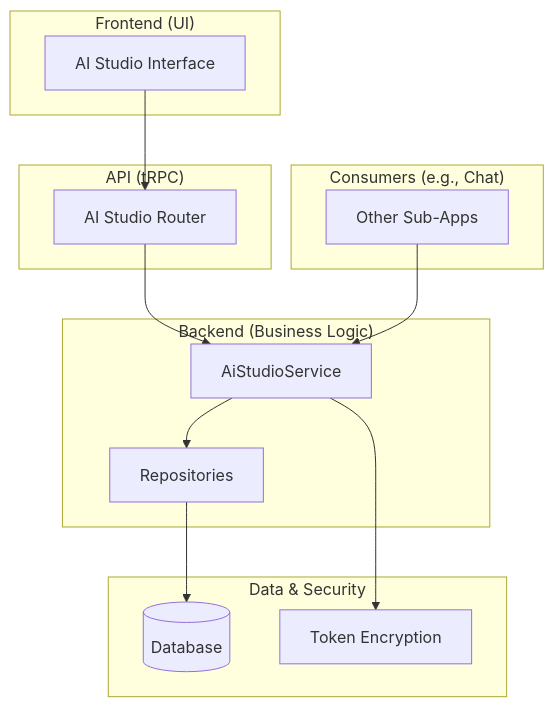
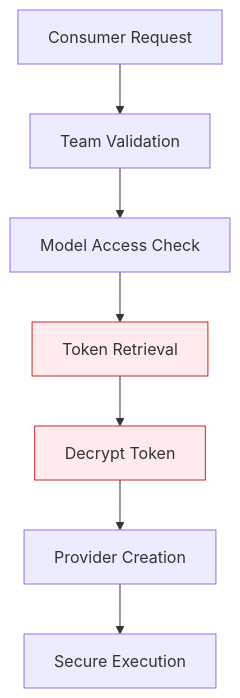
The third of 3 diagrams in docs/subapps/ai-studio/backend/README.md (dBianchii/kodix-turbo), drawn with Mermaid before and after one commit. The commit also changed other lines of this file and 36 other files, not shown here.

````diff
--- a/docs/subapps/ai-studio/backend/README.md
+++ b/docs/subapps/ai-studio/backend/README.md
@@ -53,27 +241,12 @@
 ```mermaid
 graph TD
-    subgraph "Frontend (UI)"
-        A[AI Studio Interface]
-    end
-    subgraph "API (tRPC)"
-        B[AI Studio Router]
-    end
-    subgraph "Backend (Business Logic)"
-        C[AiStudioService]
-        D[Repositories]
-    end
-    subgraph "Data & Security"
-        E[(Database)]
-        F[Token Encryption]
-    end
-    subgraph "Consumers (e.g., Chat)"
-        G[Other Sub-Apps]
-    end
+    A[Consumer Request] --> B[Team Validation]
+    B --> C[Model Access Check]
+    C --> D[Token Retrieval]
+    D --> E[Decrypt Token]
+    E --> F[Provider Creation]
+    F --> G[Secure Execution]
 
-    A --> B
-    B --> C
-    C --> D
-    C --> F
-    D --> E
-    G --> C
+    style D fill:#ffebee,stroke:#c62828
+    style E fill:#ffebee,stroke:#c62828
 ```
````
